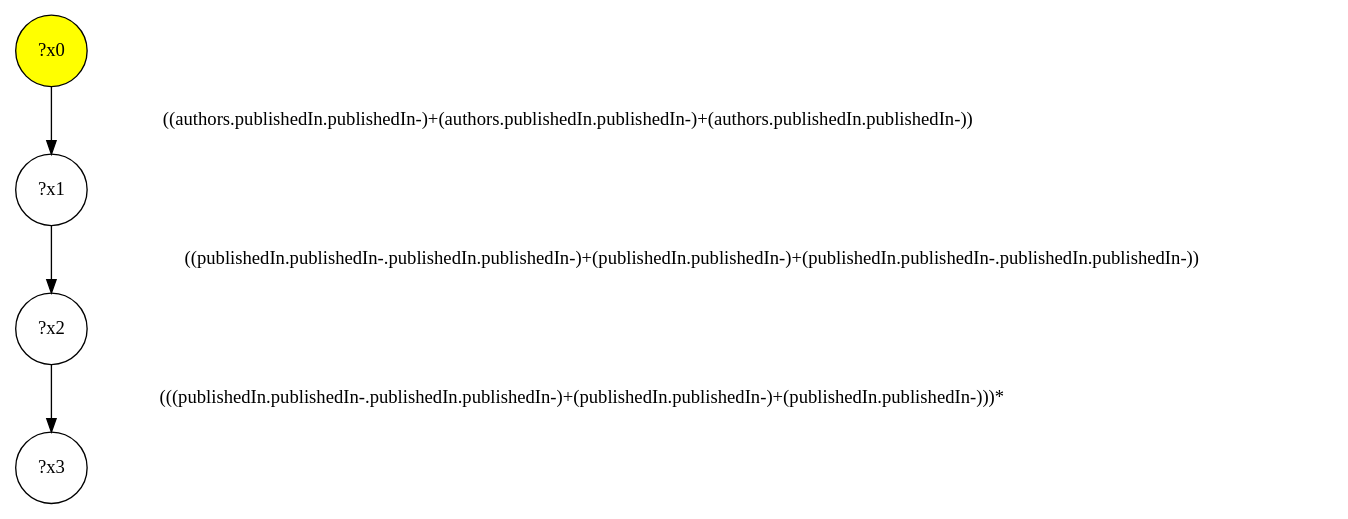
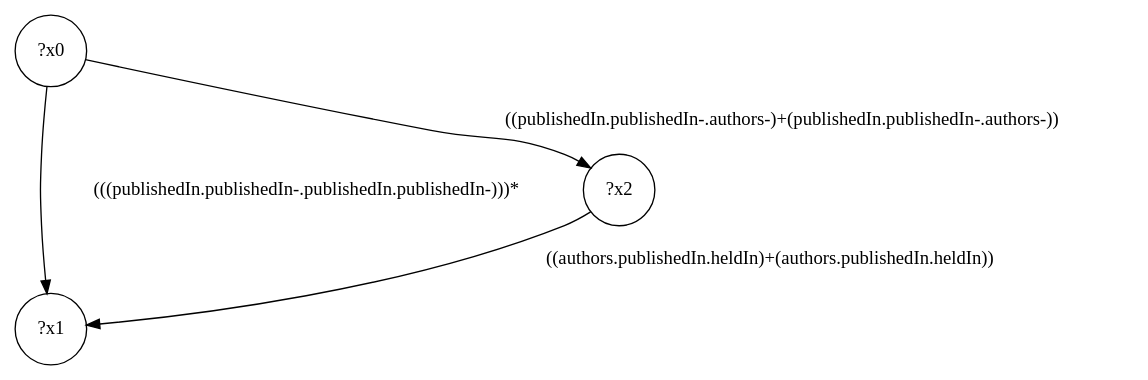
The diagram in src/queryinterface/interface-queries/query-30.dot (gbagan/gmark), drawn with Graphviz before and after one commit. The commit also changed 150 other files, not shown here.

```diff
--- a/src/queryinterface/interface-queries/query-30.dot
+++ b/src/queryinterface/interface-queries/query-30.dot
@@ -1,9 +1,8 @@
 digraph g {
-	x0 [fillcolor="yellow", style="filled," shape=circle, label="?x0"];
+	x0 [shape=circle, label="?x0"];
 	x1 [shape=circle, label="?x1"];
-	x0 -> x1 [label="((authors.publishedIn.publishedIn-)+(authors.publishedIn.publishedIn-)+(authors.publishedIn.publishedIn-))"];
+	x0 -> x1 [label="(((publishedIn.publishedIn-.publishedIn.publishedIn-)))*"];
 	x2 [shape=circle, label="?x2"];
-	x1 -> x2 [label="((publishedIn.publishedIn-.publishedIn.publishedIn-)+(publishedIn.publishedIn-)+(publishedIn.publishedIn-.publishedIn.publishedIn-))"];
-	x3 [shape=circle, label="?x3"];
-	x2 -> x3 [label="(((publishedIn.publishedIn-.publishedIn.publishedIn-)+(publishedIn.publishedIn-)+(publishedIn.publishedIn-)))*"];
+	x0 -> x2 [label="((publishedIn.publishedIn-.authors-)+(publishedIn.publishedIn-.authors-))"];
+	x2 -> x1 [label="((authors.publishedIn.heldIn)+(authors.publishedIn.heldIn))"];
 }
```
